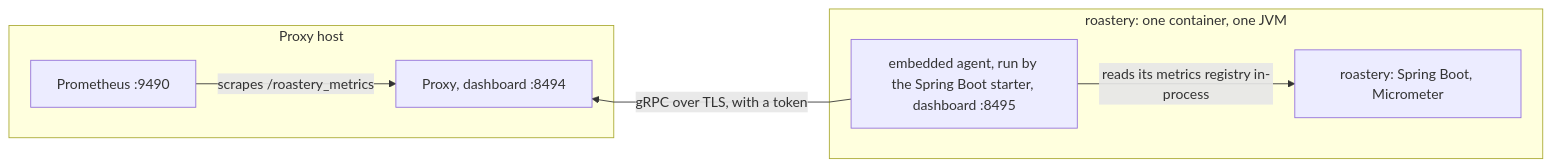
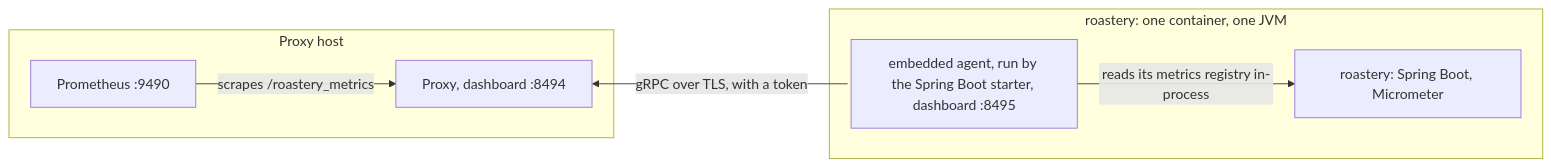
One commit to pambrose/prometheus-proxy changed the diagram in demos/spring-boot/README.md. Above: the diagram before and after it, drawn with Mermaid. The commit also changed other lines of this file and 24 other files, not shown here.

````diff
--- a/demos/spring-boot/README.md
+++ b/demos/spring-boot/README.md
@@ -23,19 +23,22 @@
 ```mermaid
 %%{init: {'flowchart': {'curve': 'linear'}}}%%
 graph LR
   P[Prometheus :9490] -->|scrapes /roastery_metrics| Proxy[Proxy, dashboard :8494]
-  %% The agent connects out to the proxy, so its arrow points back. The invisible link keeps the app to the right.
-  Proxy ~~~ Agent
-  Agent[embedded agent, run by the Spring Boot starter, dashboard :8495] -->|gRPC over TLS, with a token| Proxy
+  %% The agent connects out to the proxy, so its edge's one arrowhead is at the proxy. The edge is written from the
+  %% proxy, which keeps the agent to the right of it, as a two-way edge whose other arrowhead linkStyle takes off.
+  %% Written from the agent, it needed an invisible link to keep that order, and the layout bent the edge around the
+  %% link.
+  Proxy <-->|gRPC over TLS, with a token| Agent[embedded agent, run by the Spring Boot starter, dashboard :8495]
   Agent -->|reads its metrics registry in-process| App[roastery: Spring Boot, Micrometer]
+  linkStyle 1 marker-end:none
 
   subgraph host[Proxy host]
     P
     Proxy
   end
 
   subgraph roastery[roastery: one container, one JVM]
     Agent
     App
   end
 ```
````
